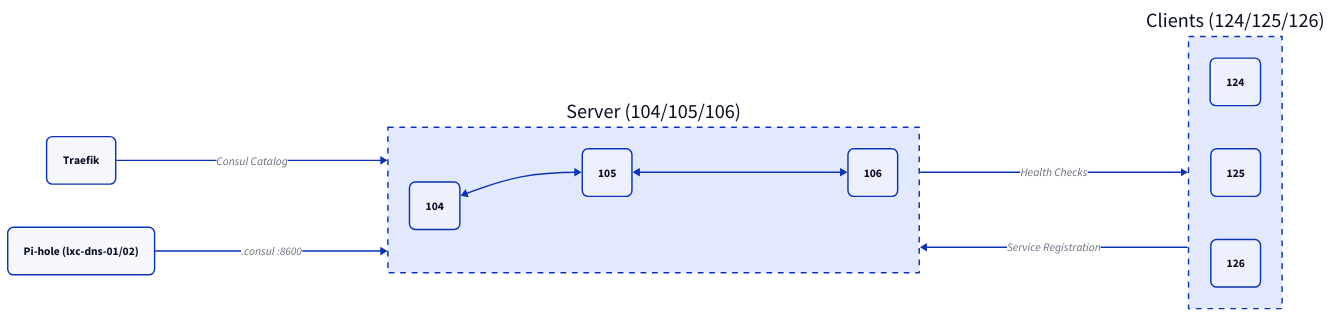
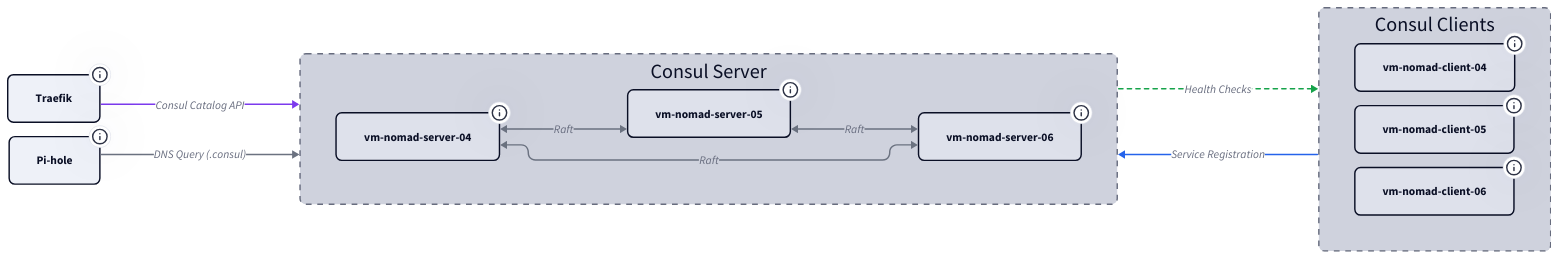
One commit to derever-labs/homelab-wiki changed the diagram in docs/consul/index.md. Above: the diagram before and after it, drawn with D2. The commit also changed 6 other files, not shown here.

Commit message:
refactor(diagrams): D2 auf vars/classes/Tooltips vereinheitlicht

````diff
--- a/docs/consul/index.md
+++ b/docs/consul/index.md
@@ -35,27 +35,90 @@
 ```d2
+vars: {
+  d2-config: {
+    theme-id: 1
+    layout-engine: elk
+  }
+}
+
+classes: {
+  node: { style: { border-radius: 8 } }
+  container: { style: { border-radius: 8; stroke-dash: 4 } }
+}
+
 direction: right
 
-srv: "Server (104/105/106)" {
-  style.stroke-dash: 4
-  CS1: "104" { style.border-radius: 8 }
-  CS2: "105" { style.border-radius: 8 }
-  CS3: "106" { style.border-radius: 8 }
-  CS1 <-> CS2
-  CS2 <-> CS3
+srv: Consul Server {
+  class: container
+
+  CS1: vm-nomad-server-04 {
+    class: node
+    tooltip: "10.0.2.104 | Port 8500 (API) / 8600 (DNS) / 8301 (Gossip)"
+  }
+  CS2: vm-nomad-server-05 {
+    class: node
+    tooltip: "10.0.2.105 | Port 8500 (API) / 8600 (DNS) / 8301 (Gossip)"
+  }
+  CS3: vm-nomad-server-06 {
+    class: node
+    tooltip: "10.0.2.106 | Port 8500 (API) / 8600 (DNS) / 8301 (Gossip)"
+  }
+
+  CS1 <-> CS2: Raft {
+    style.stroke: "#6b7280"
+    tooltip: "Port 8300 | Leader Election und Log-Replikation"
+  }
+  CS2 <-> CS3: Raft {
+    style.stroke: "#6b7280"
+    tooltip: "Port 8300 | Leader Election und Log-Replikation"
+  }
+  CS3 <-> CS1: Raft {
+    style.stroke: "#6b7280"
+    tooltip: "Port 8300 | Leader Election und Log-Replikation"
+  }
 }
 
-cli: "Clients (124/125/126)" {
-  style.stroke-dash: 4
-  CC1: "124" { style.border-radius: 8 }
-  CC2: "125" { style.border-radius: 8 }
-  CC3: "126" { style.border-radius: 8 }
+cli: Consul Clients {
+  class: container
+
+  CC1: vm-nomad-client-04 {
+    class: node
+    tooltip: "10.0.2.124 | Consul Agent, meldet lokale Services"
+  }
+  CC2: vm-nomad-client-05 {
+    class: node
+    tooltip: "10.0.2.125 | Consul Agent, meldet lokale Services"
+  }
+  CC3: vm-nomad-client-06 {
+    class: node
+    tooltip: "10.0.2.126 | Consul Agent, meldet lokale Services"
+  }
 }
 
-TRF: Traefik { style.border-radius: 8 }
-DNS: "Pi-hole (lxc-dns-01/02)" { style.border-radius: 8 }
+TRF: Traefik {
+  class: node
+  tooltip: "VIP 10.0.2.20 | Consul Catalog Provider fuer automatisches Routing"
+}
 
-cli -> srv: "Service Registration"
-srv -> cli: "Health Checks"
-TRF -> srv: "Consul Catalog"
-DNS -> srv: ".consul :8600"
+DNS: Pi-hole {
+  class: node
+  tooltip: "10.0.2.1 / 10.0.2.2 | Leitet .consul-Anfragen an Consul DNS weiter"
+}
+
+cli -> srv: Service Registration {
+  style.stroke: "#2563eb"
+  tooltip: "Consul Clients registrieren Container-Services im Cluster"
+}
+srv -> cli: Health Checks {
+  style.stroke: "#16a34a"
+  style.stroke-dash: 3
+  tooltip: "Server verteilen Health-Check-Ergebnisse an alle Agents"
+}
+TRF -> srv: Consul Catalog API {
+  style.stroke: "#7c3aed"
+  tooltip: "HTTP :8500 | Traefik liest Service-Katalog fuer Backend-Discovery"
+}
+DNS -> srv: DNS Query (.consul) {
+  style.stroke: "#6b7280"
+  tooltip: "Port 8600 | Pi-hole leitet .consul-Anfragen an alle drei Server"
+}
 ```
````
